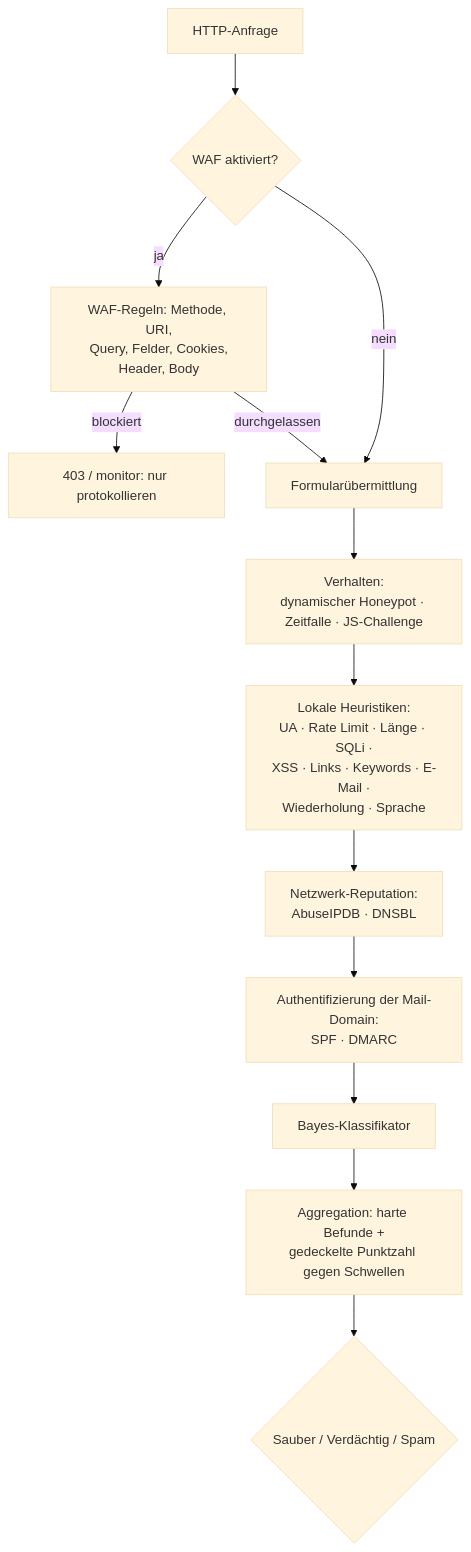
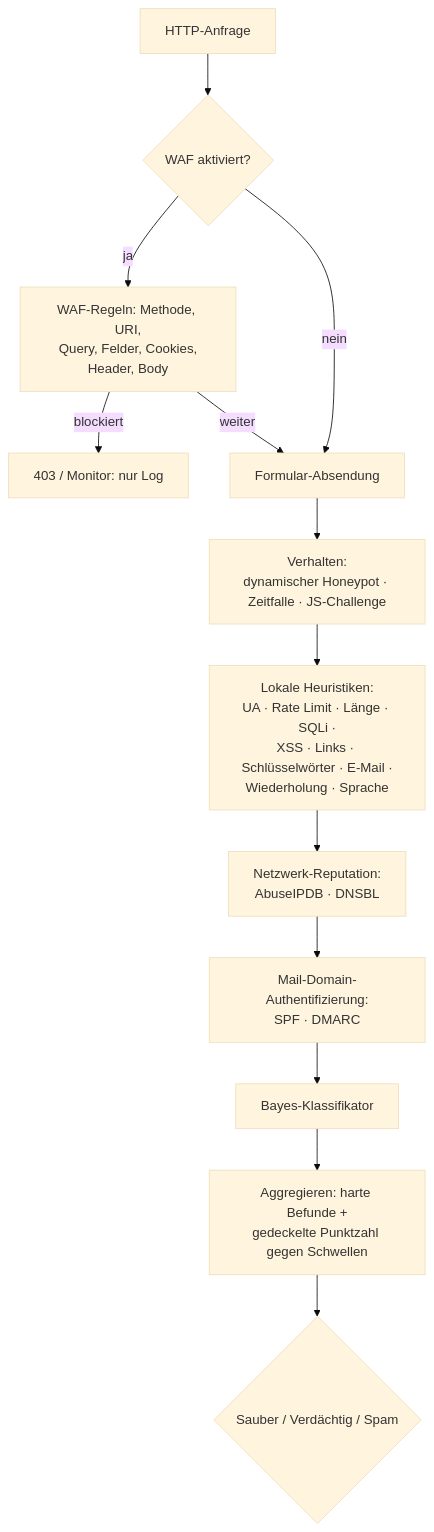
Before and after one commit to paulmann/PHP-Form-Spam-Checker: the diagram in README.de.md, drawn with Mermaid (base theme). The commit also changed other lines of this file and 3 other files, not shown here.

````diff
--- a/README.de.md
+++ b/README.de.md
@@ -102,15 +120,15 @@
 ```mermaid
 flowchart TD
     A[HTTP-Anfrage] --> B{WAF aktiviert?}
     B -- ja --> C[WAF-Regeln: Methode, URI,<br/>Query, Felder, Cookies,<br/>Header, Body]
-    C -- blockiert --> Z[403 / monitor: nur protokollieren]
-    C -- durchgelassen --> D[Formularübermittlung]
+    C -- blockiert --> Z[403 / Monitor: nur Log]
+    C -- weiter --> D[Formular-Absendung]
     B -- nein --> D
     D --> E[Verhalten:<br/>dynamischer Honeypot · Zeitfalle · JS-Challenge]
-    E --> F[Lokale Heuristiken:<br/>UA · Rate Limit · Länge · SQLi ·<br/>XSS · Links · Keywords · E-Mail ·<br/>Wiederholung · Sprache]
+    E --> F[Lokale Heuristiken:<br/>UA · Rate Limit · Länge · SQLi ·<br/>XSS · Links · Schlüsselwörter · E-Mail ·<br/>Wiederholung · Sprache]
     F --> G[Netzwerk-Reputation:<br/>AbuseIPDB · DNSBL]
-    G --> H[Authentifizierung der Mail-Domain:<br/>SPF · DMARC]
+    G --> H[Mail-Domain-Authentifizierung:<br/>SPF · DMARC]
     H --> I[Bayes-Klassifikator]
-    I --> J[Aggregation: harte Befunde +<br/>gedeckelte Punktzahl gegen Schwellen]
+    I --> J[Aggregieren: harte Befunde +<br/>gedeckelte Punktzahl gegen Schwellen]
     J --> K{Sauber / Verdächtig / Spam}
 ```
````
